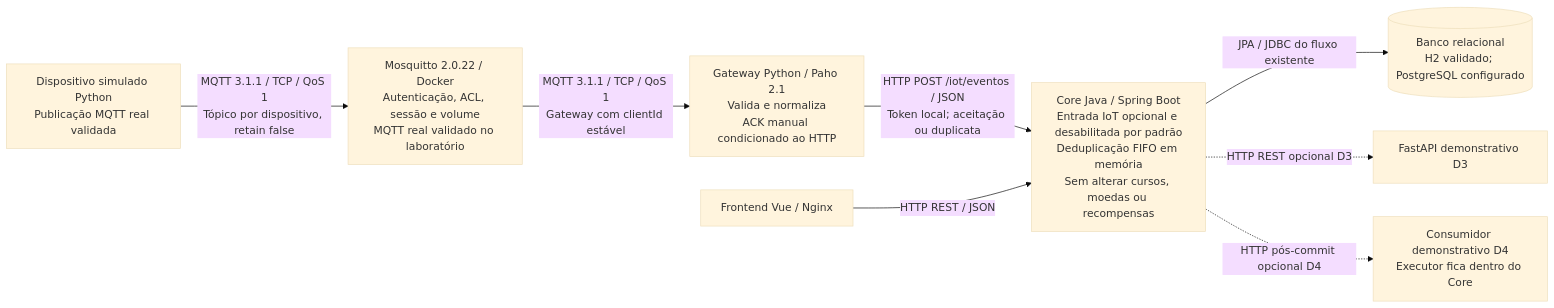
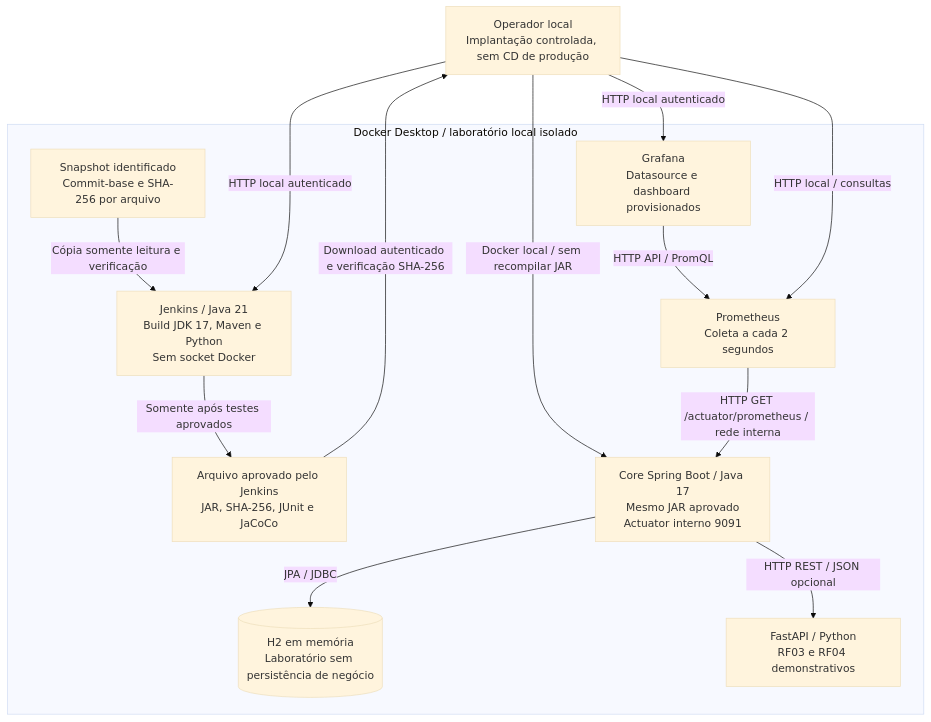
One commit to MjDutil/DevOps-Project changed the diagram in README.md. Above: the diagram before and after it, drawn with Mermaid (base theme). The commit also changed other lines of this file and 161 other files, not shown here.

````diff
--- a/README.md
+++ b/README.md
@@ -34,10 +34,25 @@
 ```mermaid
-flowchart LR
-    dispositivo["Dispositivo simulado Python<br/>Publicação MQTT real validada"] -->|"MQTT 3.1.1 / TCP / QoS 1<br/>Tópico por dispositivo, retain false"| broker["Mosquitto 2.0.22 / Docker<br/>Autenticação, ACL, sessão e volume<br/>MQTT real validado no laboratório"]
-    broker -->|"MQTT 3.1.1 / TCP / QoS 1<br/>Gateway com clientId estável"| gateway["Gateway Python / Paho 2.1<br/>Valida e normaliza<br/>ACK manual condicionado ao HTTP"]
-    gateway -->|"HTTP POST /iot/eventos / JSON<br/>Token local; aceitação ou duplicata"| core["Core Java / Spring Boot<br/>Entrada IoT opcional e desabilitada por padrão<br/>Deduplicação FIFO em memória<br/>Sem alterar cursos, moedas ou recompensas"]
-    frontend["Frontend Vue / Nginx"] -->|HTTP REST / JSON| core
-    core -->|JPA / JDBC do fluxo existente| db[("Banco relacional<br/>H2 validado; PostgreSQL configurado")]
-    core -.->|HTTP REST opcional D3| ia["FastAPI demonstrativo D3"]
-    core -.->|HTTP pós-commit opcional D4| notificacao["Consumidor demonstrativo D4<br/>Executor fica dentro do Core"]
+flowchart TB
+    operador["Operador local<br/>Implantação controlada, sem CD de produção"]
+    subgraph host["Docker Desktop / laboratório local isolado"]
+        jenkins["Jenkins / Java 21<br/>Build JDK 17, Maven e Python<br/>Sem socket Docker"]
+        fontes["Snapshot identificado<br/>Commit-base e SHA-256 por arquivo"]
+        artefato["Arquivo aprovado pelo Jenkins<br/>JAR, SHA-256, JUnit e JaCoCo"]
+        core["Core Spring Boot / Java 17<br/>Mesmo JAR aprovado<br/>Actuator interno 9091"]
+        banco[("H2 em memória<br/>Laboratório sem persistência de negócio")]
+        ia["FastAPI / Python<br/>RF03 e RF04 demonstrativos"]
+        prom["Prometheus<br/>Coleta a cada 2 segundos"]
+        graf["Grafana<br/>Datasource e dashboard provisionados"]
+    end
+    fontes -->|Cópia somente leitura e verificação| jenkins
+    jenkins -->|Somente após testes aprovados| artefato
+    artefato -->|Download autenticado e verificação SHA-256| operador
+    operador -->|Docker local / sem recompilar JAR| core
+    core -->|JPA / JDBC| banco
+    core -->|HTTP REST / JSON opcional| ia
+    prom -->|HTTP GET /actuator/prometheus / rede interna| core
+    graf -->|HTTP API / PromQL| prom
+    operador -->|HTTP local autenticado| jenkins
+    operador -->|HTTP local autenticado| graf
+    operador -->|HTTP local / consultas| prom
 ```
````
